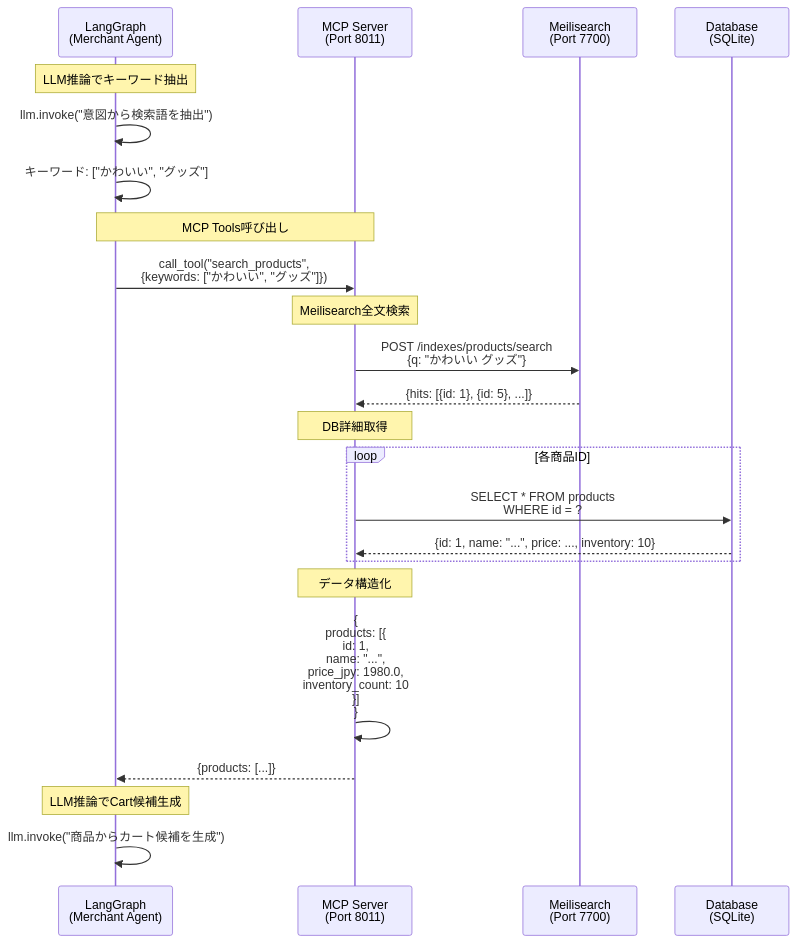
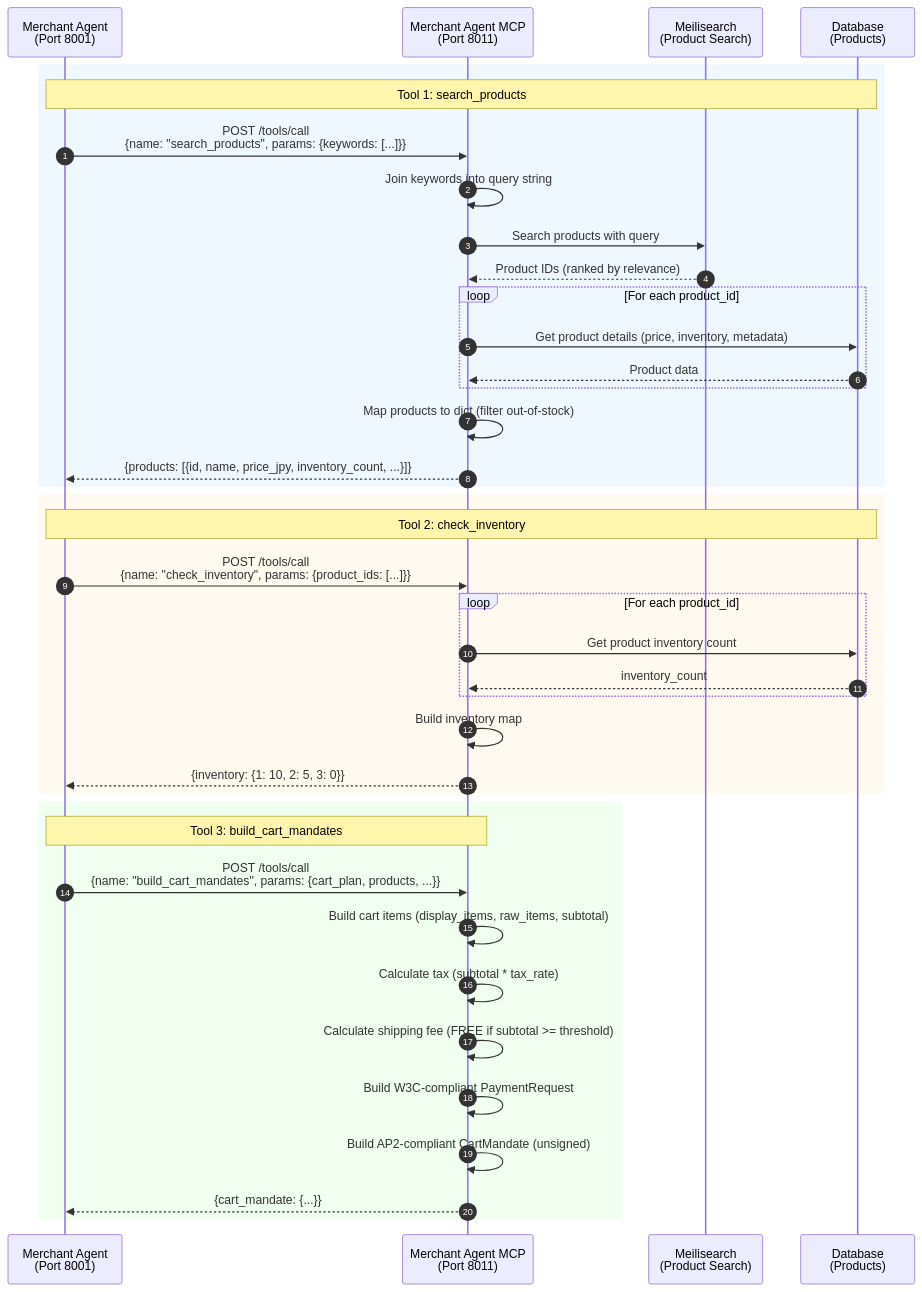
One commit to tubone24/AP2_demo_app changed the diagram in services/merchant_agent_mcp/README.md. Above: the diagram before and after it, drawn with Mermaid. The commit also changed other lines of this file and 8 other files, not shown here.

````diff
--- a/services/merchant_agent_mcp/README.md
+++ b/services/merchant_agent_mcp/README.md
@@ -135,32 +26,47 @@
 ```mermaid
 sequenceDiagram
-    participant LG as LangGraph<br/>(Merchant Agent)
-    participant MCP as MCP Server<br/>(Port 8011)
-    participant MS as Meilisearch<br/>(Port 7700)
-    participant DB as Database<br/>(SQLite)
+    autonumber
+    participant MA as Merchant Agent<br/>(Port 8001)
+    participant MCP as Merchant Agent MCP<br/>(Port 8011)
+    participant Meilisearch as Meilisearch<br/>(Product Search)
+    participant DB as Database<br/>(Products)
 
-    Note over LG: LLM推論でキーワード抽出
-    LG->>LG: llm.invoke("意図から検索語を抽出")
-    LG->>LG: キーワード: ["かわいい", "グッズ"]
-
-    Note over LG,MCP: MCP Tools呼び出し
-    LG->>MCP: call_tool("search_products",<br/>{keywords: ["かわいい", "グッズ"]})
-
-    Note over MCP: Meilisearch全文検索
-    MCP->>MS: POST /indexes/products/search<br/>{q: "かわいい グッズ"}
-    MS-->>MCP: {hits: [{id: 1}, {id: 5}, ...]}
-
-    Note over MCP: DB詳細取得
-    loop 各商品ID
-        MCP->>DB: SELECT * FROM products<br/>WHERE id = ?
-        DB-->>MCP: {id: 1, name: "...", price: ..., inventory: 10}
+    %% Tool 1: search_products
+    rect rgb(240, 248, 255)
+        Note over MA,DB: Tool 1: search_products
+        MA->>MCP: POST /tools/call<br/>{name: "search_products", params: {keywords: [...]}}
+        MCP->>MCP: Join keywords into query string
+        MCP->>Meilisearch: Search products with query
+        Meilisearch-->>MCP: Product IDs (ranked by relevance)
+        loop For each product_id
+            MCP->>DB: Get product details (price, inventory, metadata)
+            DB-->>MCP: Product data
+        end
+        MCP->>MCP: Map products to dict (filter out-of-stock)
+        MCP-->>MA: {products: [{id, name, price_jpy, inventory_count, ...}]}
     end
 
-    Note over MCP: データ構造化
-    MCP->>MCP: {<br/>  products: [{<br/>    id: 1,<br/>    name: "...",<br/>    price_jpy: 1980.0,<br/>    inventory_count: 10<br/>  }]<br/>}
+    %% Tool 2: check_inventory
+    rect rgb(255, 250, 240)
+        Note over MA,DB: Tool 2: check_inventory
+        MA->>MCP: POST /tools/call<br/>{name: "check_inventory", params: {product_ids: [...]}}
+        loop For each product_id
+            MCP->>DB: Get product inventory count
+            DB-->>MCP: inventory_count
+        end
+        MCP->>MCP: Build inventory map
+        MCP-->>MA: {inventory: {1: 10, 2: 5, 3: 0}}
+    end
 
-    MCP-->>LG: {products: [...]}
-
-    Note over LG: LLM推論でCart候補生成
-    LG->>LG: llm.invoke("商品からカート候補を生成")
+    %% Tool 3: build_cart_mandates
+    rect rgb(240, 255, 240)
+        Note over MA,MCP: Tool 3: build_cart_mandates
+        MA->>MCP: POST /tools/call<br/>{name: "build_cart_mandates", params: {cart_plan, products, ...}}
+        MCP->>MCP: Build cart items (display_items, raw_items, subtotal)
+        MCP->>MCP: Calculate tax (subtotal * tax_rate)
+        MCP->>MCP: Calculate shipping fee (FREE if subtotal >= threshold)
+        MCP->>MCP: Build W3C-compliant PaymentRequest
+        MCP->>MCP: Build AP2-compliant CartMandate (unsigned)
+        MCP-->>MA: {cart_mandate: {...}}
+    end
 ```
````
